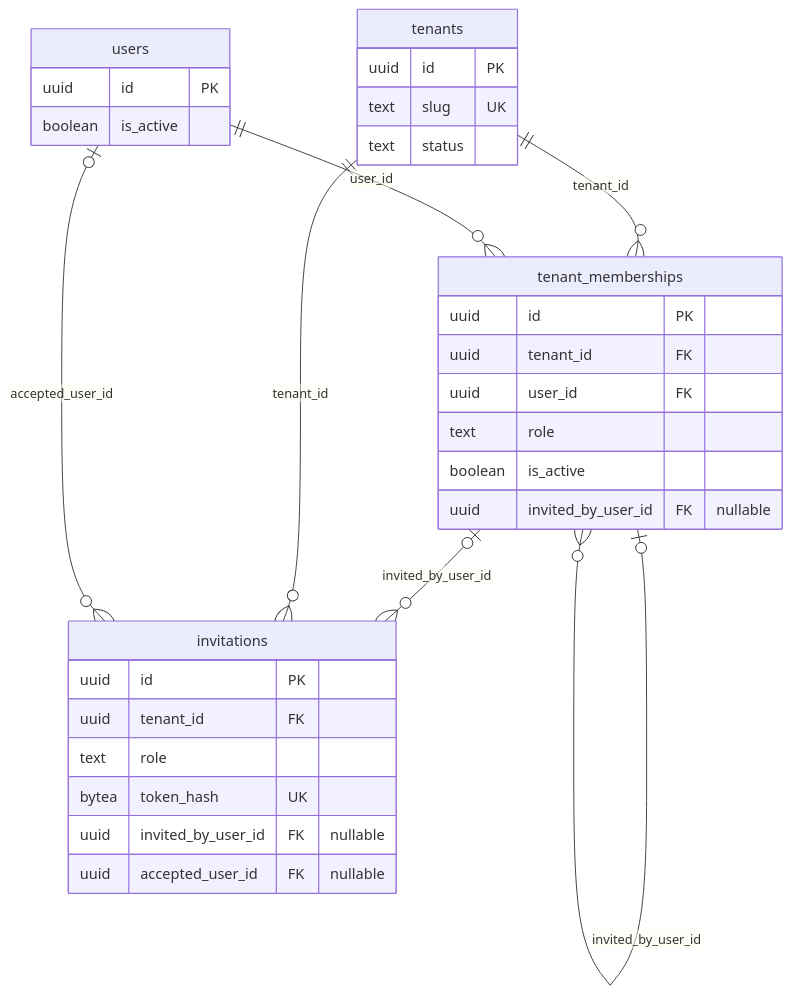
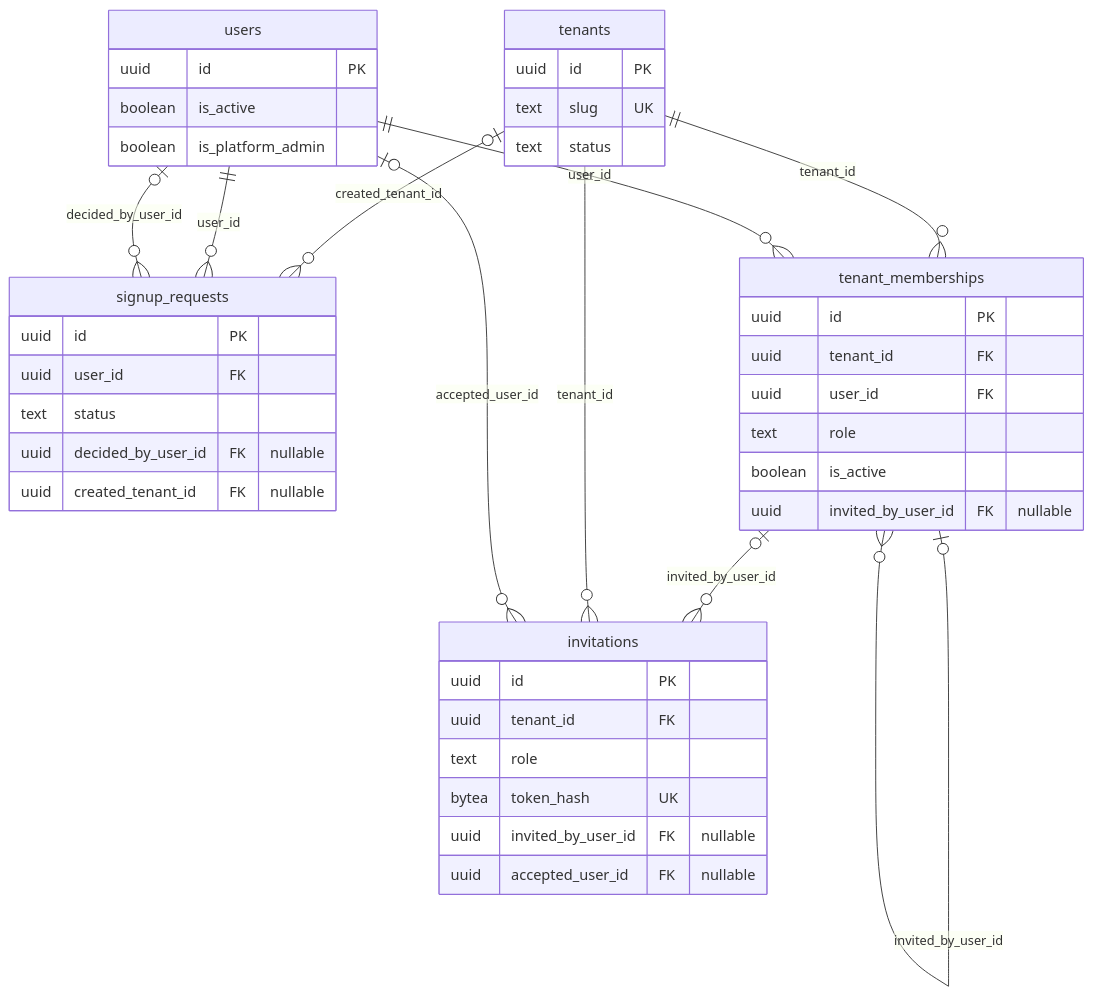
Before and after one commit to maniacultasset/ai-marketplace-os: the sixth of 17 diagrams in docs/handover/DATABASE.md, drawn with Mermaid. The commit also changed other lines of this file and 50 other files, not shown here.

First line of the commit message:
feat(signup): self-serve brand sign-up with admin approval (#52)

````diff
--- a/docs/handover/DATABASE.md
+++ b/docs/handover/DATABASE.md
@@ -490,34 +490,45 @@
 ```mermaid
 erDiagram
     invitations {
         uuid id PK
         uuid tenant_id FK
         text role
         bytea token_hash UK
         uuid invited_by_user_id FK "nullable"
         uuid accepted_user_id FK "nullable"
+    }
+    signup_requests {
+        uuid id PK
+        uuid user_id FK
+        text status
+        uuid decided_by_user_id FK "nullable"
+        uuid created_tenant_id FK "nullable"
     }
     tenant_memberships {
         uuid id PK
         uuid tenant_id FK
         uuid user_id FK
         text role
         boolean is_active
         uuid invited_by_user_id FK "nullable"
     }
     tenants {
         uuid id PK
         text slug UK
         text status
     }
     users {
         uuid id PK
         boolean is_active
+        boolean is_platform_admin
     }
     tenant_memberships |o--o{ invitations : "invited_by_user_id"
     tenant_memberships |o--o{ tenant_memberships : "invited_by_user_id"
     tenants ||--o{ invitations : "tenant_id"
+    tenants |o--o{ signup_requests : "created_tenant_id"
     tenants ||--o{ tenant_memberships : "tenant_id"
     users |o--o{ invitations : "accepted_user_id"
+    users ||--o{ signup_requests : "user_id"
+    users |o--o{ signup_requests : "decided_by_user_id"
     users ||--o{ tenant_memberships : "user_id"
 ```
````
